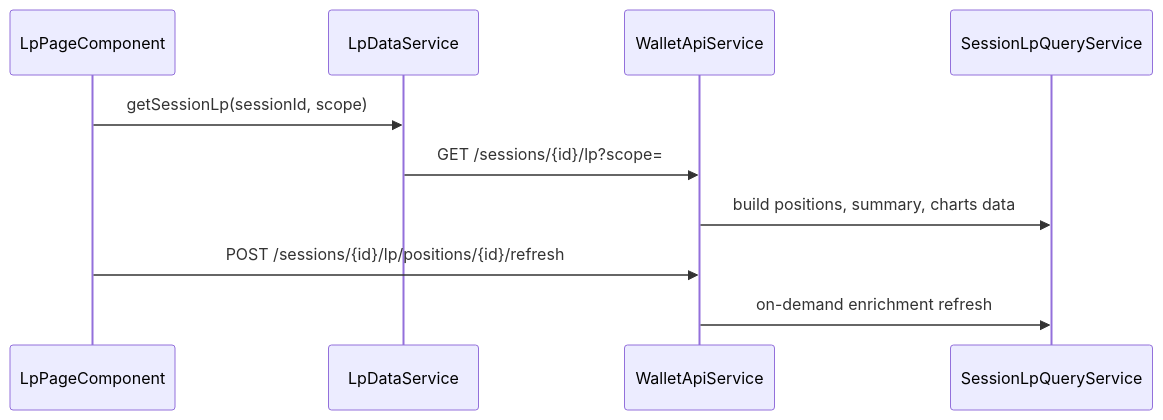
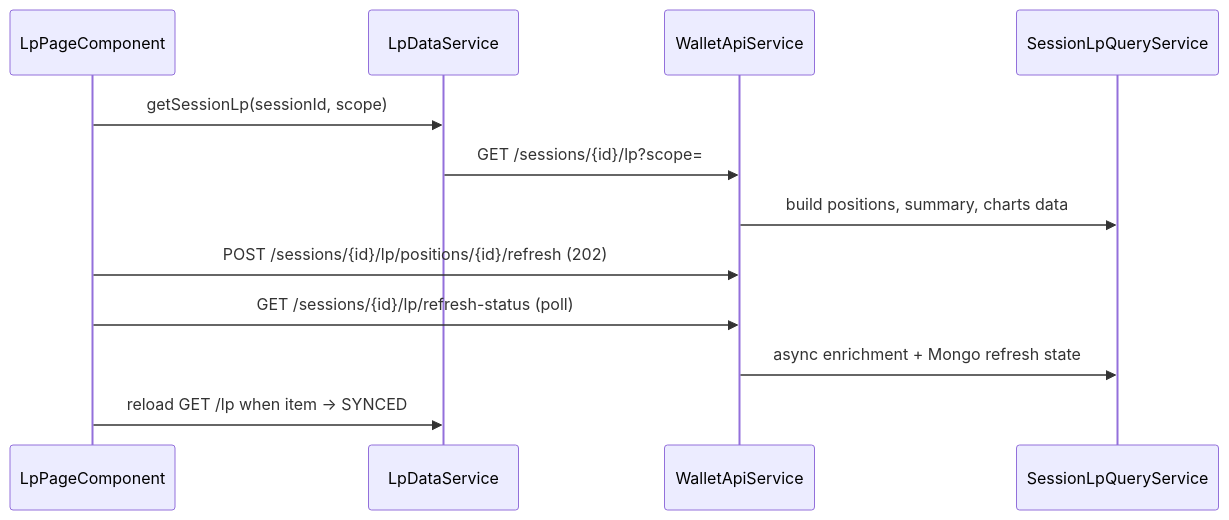
One commit to Volad/wallet-radar changed the diagram in docs/frontend/liquidity-pools.md. Above: the diagram before and after it, drawn with Mermaid. The commit also changed other lines of this file and 166 other files, not shown here.

First line of the commit message:
feat(auth,lp,lending): async refresh status, SSO, and on-demand enrich hardening

````diff
--- a/docs/frontend/liquidity-pools.md
+++ b/docs/frontend/liquidity-pools.md
@@ -11,13 +11,15 @@
 ```mermaid
 sequenceDiagram
   participant Page as LpPageComponent
   participant LDS as LpDataService
   participant API as WalletApiService
   participant BE as SessionLpQueryService
 
   Page->>LDS: getSessionLp(sessionId, scope)
   LDS->>API: GET /sessions/{id}/lp?scope=
   API->>BE: build positions, summary, charts data
-  Page->>API: POST /sessions/{id}/lp/positions/{id}/refresh
-  API->>BE: on-demand enrichment refresh
+  Page->>API: POST /sessions/{id}/lp/positions/{id}/refresh (202)
+  Page->>API: GET /sessions/{id}/lp/refresh-status (poll)
+  API->>BE: async enrichment + Mongo refresh state
+  Page->>LDS: reload GET /lp when item → SYNCED
 ```
````
